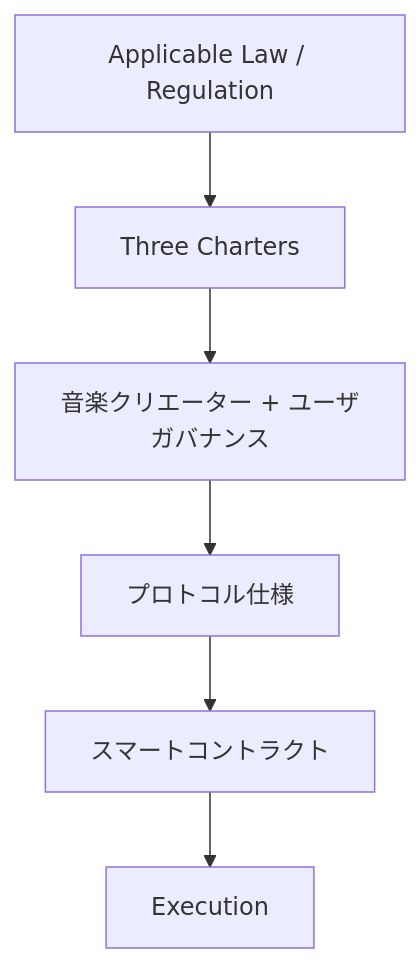
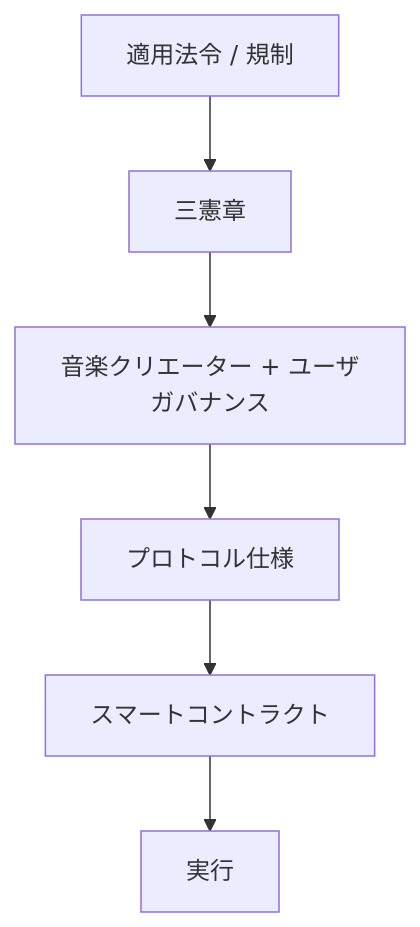
Diagram 12 of 17 in docs/whitepaper/01-vision.md (ShigeichiroYamasaki/creator-first-platform), drawn with Mermaid before and after one commit. The commit also changed other lines of this file and 72 other files, not shown here.

````diff
--- a/docs/whitepaper/01-vision.md
+++ b/docs/whitepaper/01-vision.md
@@ -322,11 +322,11 @@
 ```mermaid
 flowchart TD
-    LAW[Applicable Law / Regulation]
-    CONST[Three Charters]
+    LAW[適用法令 / 規制]
+    CONST[三憲章]
     GOV[音楽クリエーター + ユーザガバナンス]
     SPEC[プロトコル仕様]
     CODE[スマートコントラクト]
-    EXEC[Execution]
+    EXEC[実行]
 
     LAW --> CONST --> GOV --> SPEC --> CODE --> EXEC
 ```
````
